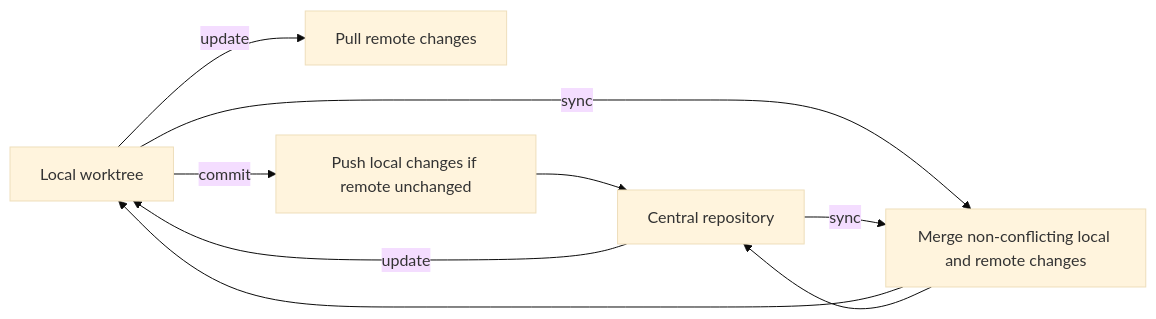
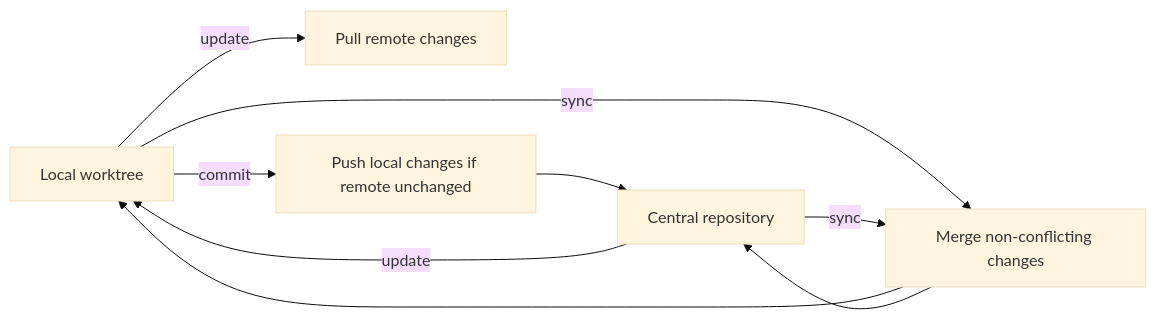
One commit to yggdrasilhq/yggsync changed the second of 2 diagrams in README.md. Above: the diagram before and after it, drawn with Mermaid (base theme). The commit also changed other lines of this file, not shown here.

````diff
--- a/README.md
+++ b/README.md
@@ -278,13 +71,11 @@
 ```mermaid
 flowchart LR
     A[Local worktree] -->|update| B[Pull remote changes]
     C[Central repository] -->|update| A
-
     A -->|commit| D[Push local changes if remote unchanged]
     D --> C
-
-    A -->|sync| E[Merge non-conflicting local and remote changes]
+    A -->|sync| E[Merge non-conflicting changes]
     C -->|sync| E
     E --> A
     E --> C
 ```
````
